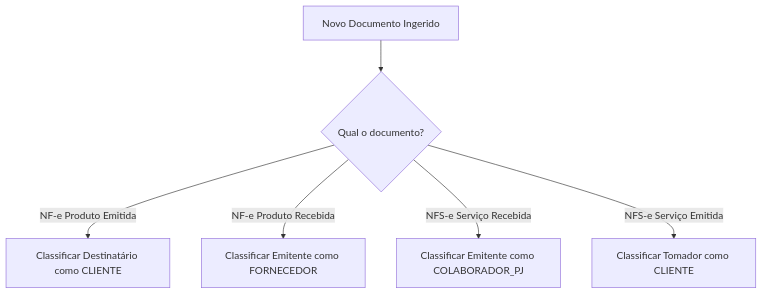
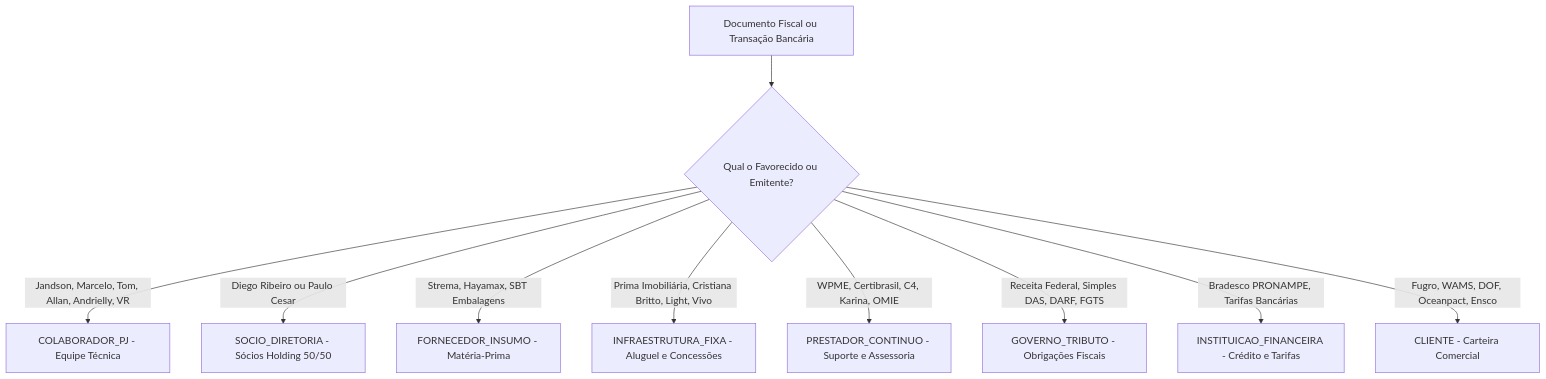
The diagram in .agents/skills/business-partner-intelligence/SKILL.md (mitangbrasilcomercio-creator/eco-mitang), drawn with Mermaid before and after one commit. The commit also changed other lines of this file and 19 other files, not shown here.

````diff
--- a/.agents/skills/business-partner-intelligence/SKILL.md
+++ b/.agents/skills/business-partner-intelligence/SKILL.md
@@ -48,8 +63,13 @@
 ```mermaid
 flowchart TD
-    Doc[Novo Documento Ingerido] --> Tipo{Qual o documento?}
-    Tipo -->|NF-e Produto Emitida| Cli[Classificar Destinatário como CLIENTE]
-    Tipo -->|NF-e Produto Recebida| Forn[Classificar Emitente como FORNECEDOR]
-    Tipo -->|NFS-e Serviço Recebida| Colab[Classificar Emitente como COLABORADOR_PJ]
-    Tipo -->|NFS-e Serviço Emitida| Cli2[Classificar Tomador como CLIENTE]
+    Entrada[Documento Fiscal ou Transação Bancária] --> Verifica{Qual o Favorecido ou Emitente?}
+    
+    Verifica -->|Jandson, Marcelo, Tom, Allan, Andrielly, VR| Colab[COLABORADOR_PJ - Equipe Técnica]
+    Verifica -->|Diego Ribeiro ou Paulo Cesar| Socio[SOCIO_DIRETORIA - Sócios Holding 50/50]
+    Verifica -->|Strema, Hayamax, SBT Embalagens| Insumo[FORNECEDOR_INSUMO - Matéria-Prima]
+    Verifica -->|Prima Imobiliária, Cristiana Britto, Light, Vivo| Infra[INFRAESTRUTURA_FIXA - Aluguel e Concessões]
+    Verifica -->|WPME, Certibrasil, C4, Karina, OMIE| Prest[PRESTADOR_CONTINUO - Suporte e Assessoria]
+    Verifica -->|Receita Federal, Simples DAS, DARF, FGTS| Trib[GOVERNO_TRIBUTO - Obrigações Fiscais]
+    Verifica -->|Bradesco PRONAMPE, Tarifas Bancárias| Fin[INSTITUICAO_FINANCEIRA - Crédito e Tarifas]
+    Verifica -->|Fugro, WAMS, DOF, Oceanpact, Ensco| Cli[CLIENTE - Carteira Comercial]
 ```
````
